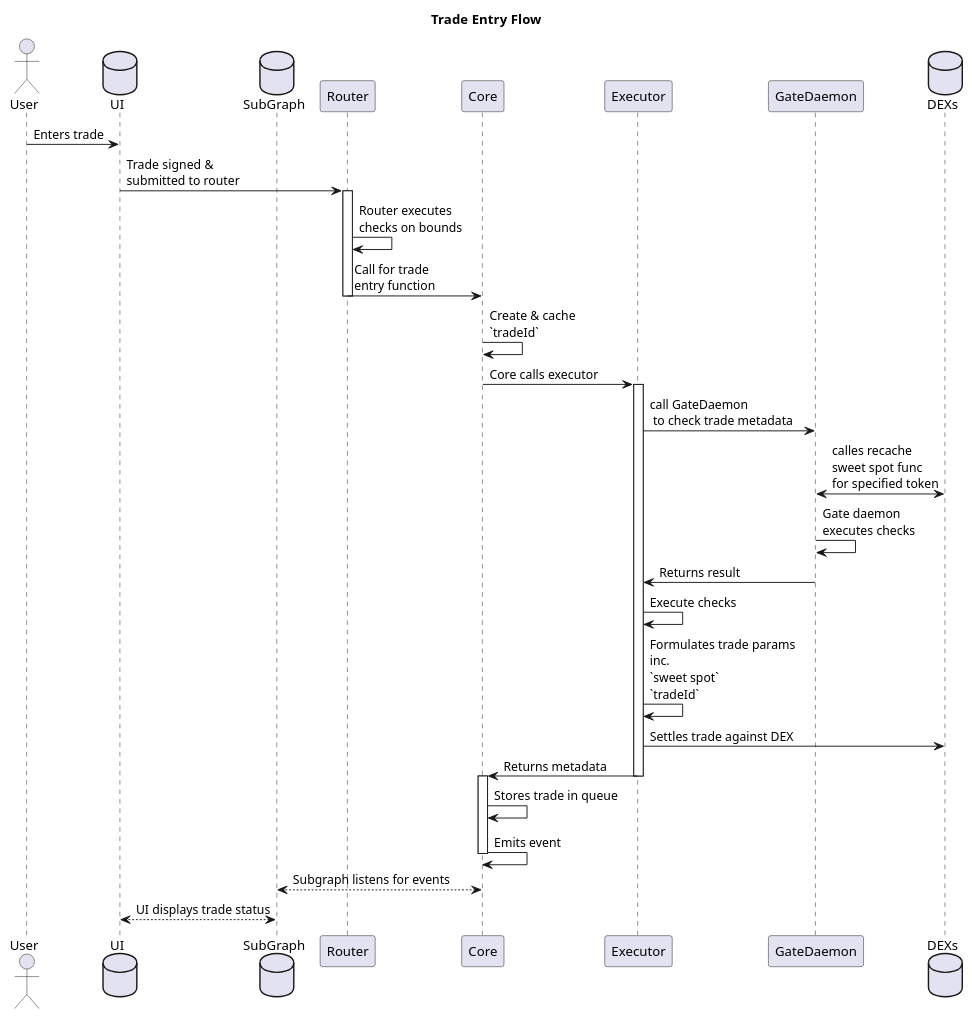
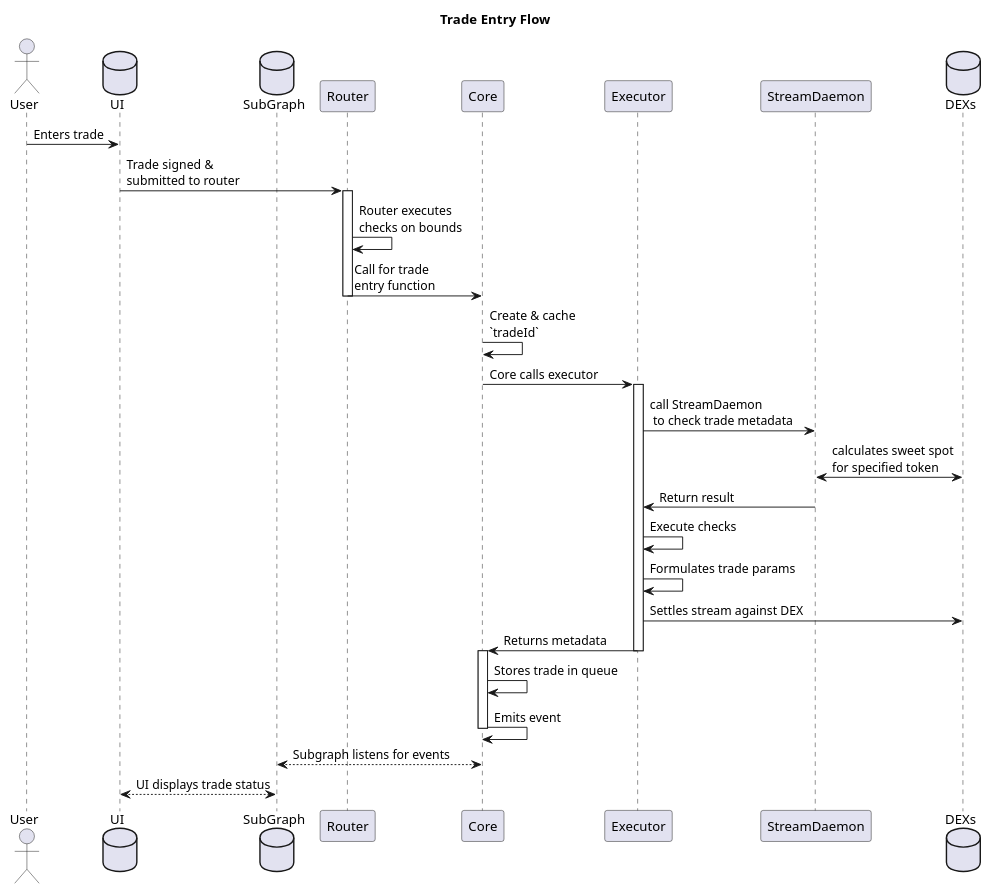
One commit to 1SLiquidity/core changed the diagram in diagrams/flows/stream-trade-entry-flow.puml. Above: the diagram before and after it, drawn with PlantUML. The commit also changed 5 other files, not shown here.

```diff
--- a/diagrams/flows/stream-trade-entry-flow.puml
+++ b/diagrams/flows/stream-trade-entry-flow.puml
@@ -1,39 +1,38 @@
 @startuml Trade Entry
 title Trade Entry Flow
 
 actor User
 database "UI" as UI
 database "SubGraph" as S
 participant "Router" as R
 participant "Core" as C
 participant "Executor" as E
-participant "GateDaemon" as GD
+participant "StreamDaemon" as SD
 database "DEXs" as DEX
 
 ' == Authentication ==
 
 User -> UI: Enters trade
 UI -> R: Trade signed &\nsubmitted to router
 activate R
 R -> R: Router executes\nchecks on bounds
 R -> C: Call for trade\nentry function
 deactivate R
 C -> C: Create & cache\n`tradeId`
 C -> E: Core calls executor
 activate E
-E -> GD: call GateDaemon\n to check trade metadata
-GD <-> DEX: calles recache \nsweet spot func\nfor specified token
-GD -> GD: Gate daemon\nexecutes checks
-GD -> E: Returns result
+E -> SD: call StreamDaemon\n to check trade metadata
+SD <-> DEX: calculates sweet spot \nfor specified token
+SD -> E: Return result
 E -> E: Execute checks
-E -> E: Formulates trade params\ninc.\n`sweet spot`\n`tradeId`
-E -> DEX: Settles trade against DEX
+E -> E: Formulates trade params
+E -> DEX: Settles stream against DEX
 E -> C: Returns metadata
 deactivate E
 activate C
 C -> C: Stores trade in queue
 C -> C: Emits event
 deactivate C
 S <--> C: Subgraph listens for events
 UI <--> S: UI displays trade status
 @enduml
```
